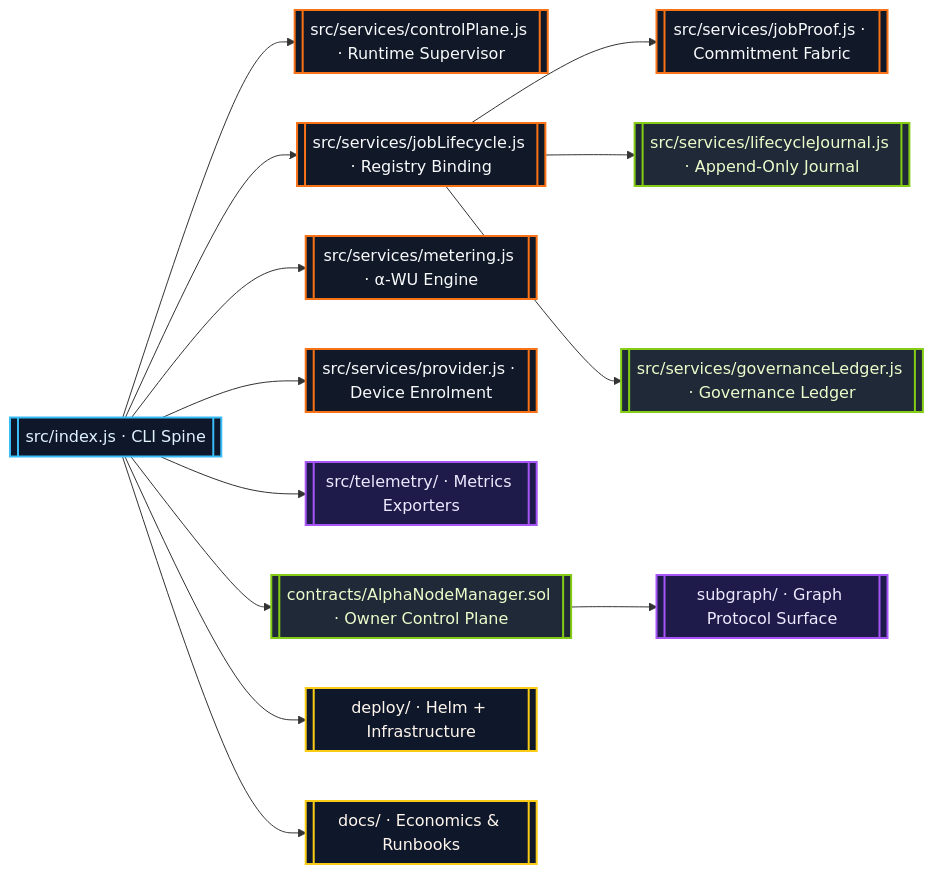
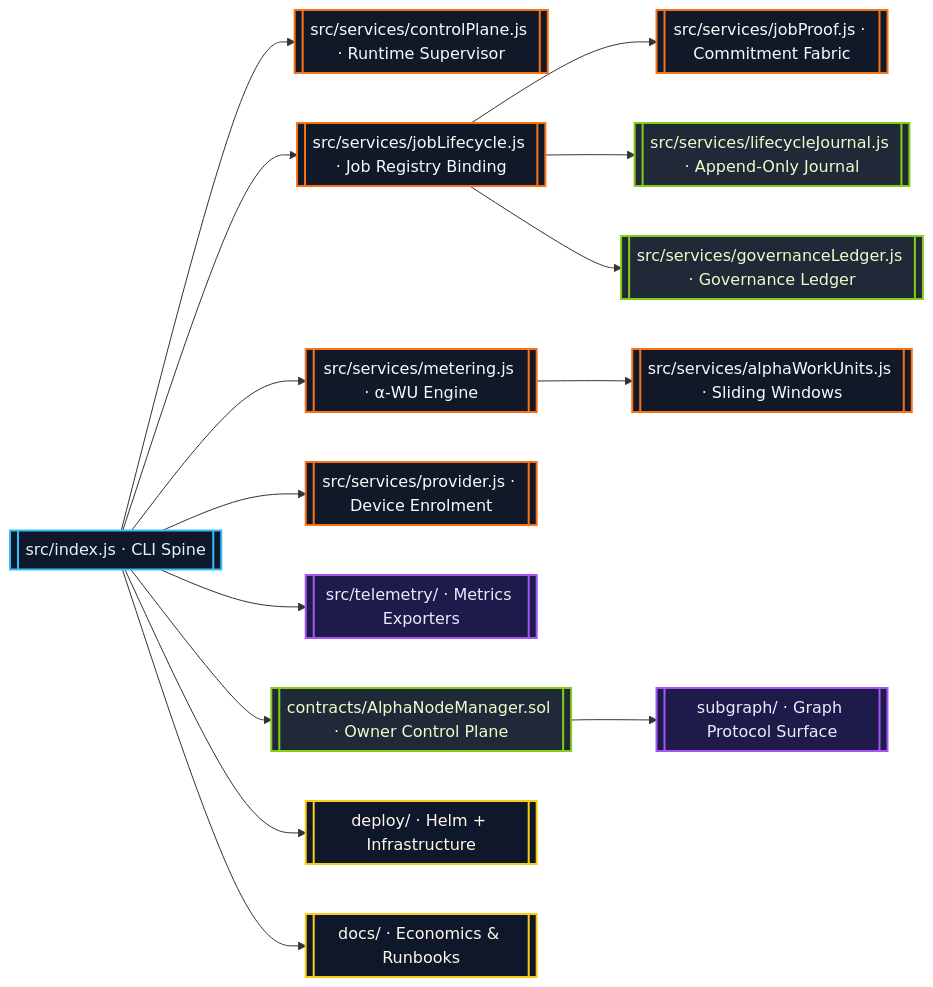
One commit to MontrealAI/AGI-Alpha-Node-v0 changed the first of 4 diagrams in README.md. Above: the diagram before and after it, drawn with Mermaid. The commit also changed other lines of this file and 3 other files, not shown here.

Commit message:
Attach alpha WU telemetry across lifecycle and refresh docs

````diff
--- a/README.md
+++ b/README.md
@@ -74,21 +74,22 @@
 ```mermaid
 flowchart LR
   classDef runtime fill:#0f172a,stroke:#38bdf8,stroke-width:2px,color:#e0f2fe;
   classDef service fill:#111827,stroke:#f97316,stroke-width:2px,color:#f8fafc;
   classDef ledger fill:#1f2937,stroke:#84cc16,stroke-width:2px,color:#ecfccb;
   classDef telemetry fill:#1e1b4b,stroke:#a855f7,stroke-width:2px,color:#ede9fe;
   classDef ops fill:#0f172a,stroke:#facc15,stroke-width:2px,color:#fff7ed;
 
   Runtime[[src/index.js · CLI Spine]]:::runtime --> ControlPlane[[src/services/controlPlane.js · Runtime Supervisor]]:::service
-  Runtime --> Lifecycle[[src/services/jobLifecycle.js · Registry Binding]]:::service
+  Runtime --> Lifecycle[[src/services/jobLifecycle.js · Job Registry Binding]]:::service
   Runtime --> Metering[[src/services/metering.js · α-WU Engine]]:::service
+  Runtime --> Provider[[src/services/provider.js · Device Enrolment]]:::service
+  Runtime --> Telemetry[[src/telemetry/ · Metrics Exporters]]:::telemetry
   Lifecycle --> Proofs[[src/services/jobProof.js · Commitment Fabric]]:::service
   Lifecycle --> Journal[[src/services/lifecycleJournal.js · Append-Only Journal]]:::ledger
   Lifecycle --> GovLedger[[src/services/governanceLedger.js · Governance Ledger]]:::ledger
-  Runtime --> Provider[[src/services/provider.js · Device Enrolment]]:::service
-  Runtime --> Telemetry[[src/telemetry/ · Metrics Exporters]]:::telemetry
+  Metering --> AlphaRegistry[[src/services/alphaWorkUnits.js · Sliding Windows]]:::service
   Runtime --> Contracts[[contracts/AlphaNodeManager.sol · Owner Control Plane]]:::ledger
   Contracts --> Subgraph[[subgraph/ · Graph Protocol Surface]]:::telemetry
   Runtime --> Deploy[[deploy/ · Helm + Infrastructure]]:::ops
   Runtime --> Docs[[docs/ · Economics & Runbooks]]:::ops
 ```
````
